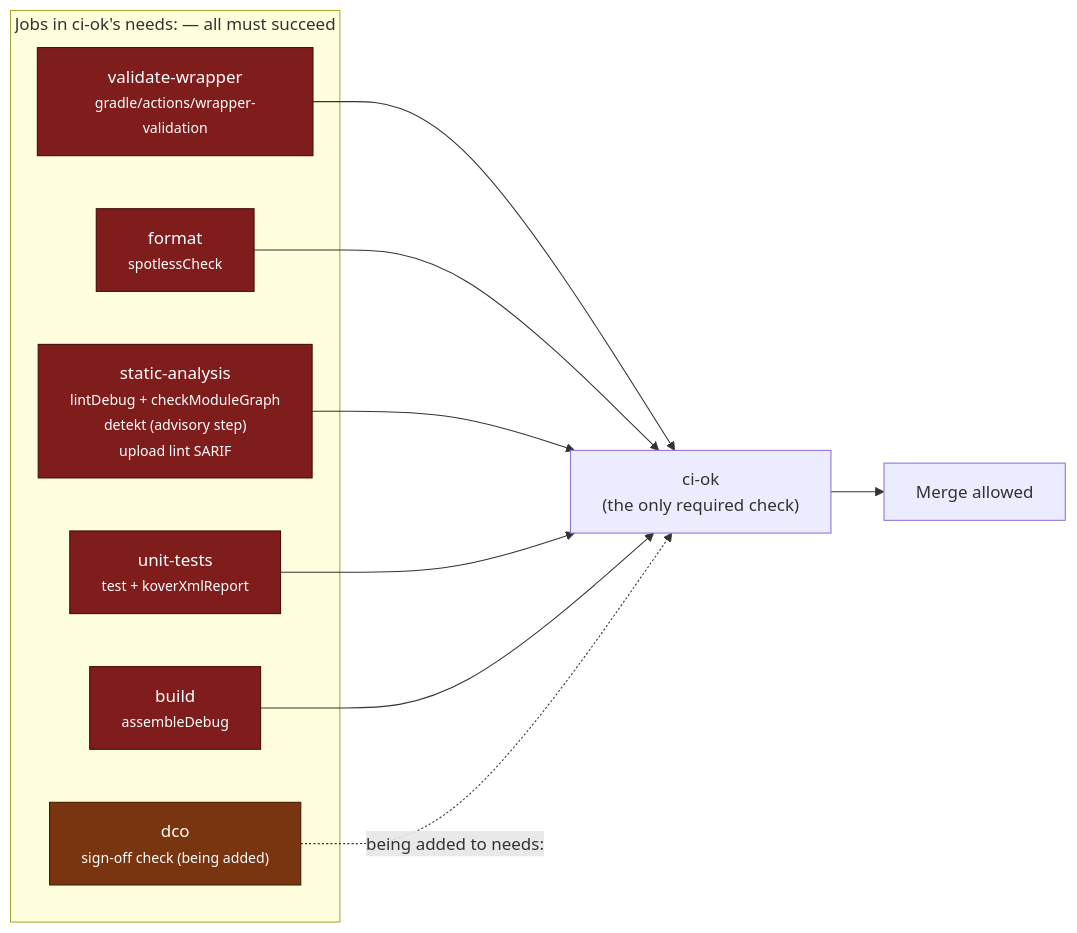
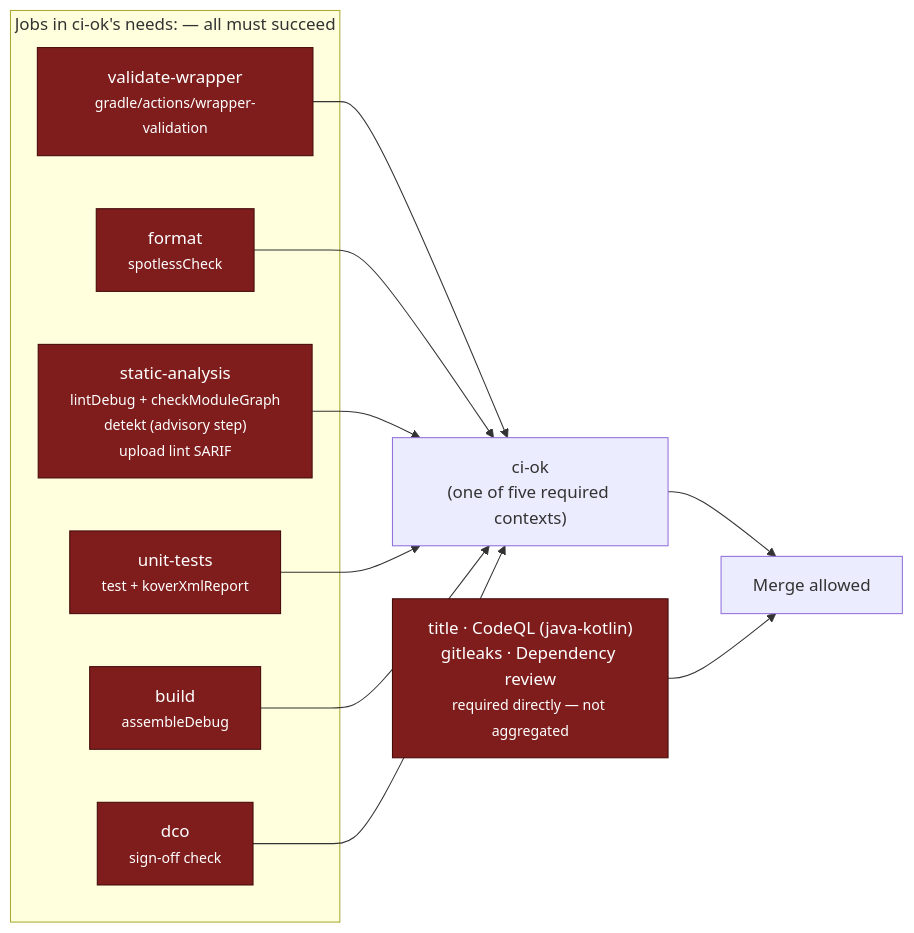
One commit to jaypetez/ollama-mobile changed the first of 2 diagrams in docs/ci.md. Above: the diagram before and after it, drawn with Mermaid. The commit also changed other lines of this file and 5 other files, not shown here.

````diff
--- a/docs/ci.md
+++ b/docs/ci.md
@@ -31,23 +107,22 @@
 ```mermaid
 flowchart LR
     subgraph gate["Jobs in ci-ok's needs: — all must succeed"]
         vw["validate-wrapper<br/><small>gradle/actions/wrapper-validation</small>"]
         f["format<br/><small>spotlessCheck</small>"]
         sa["static-analysis<br/><small>lintDebug + checkModuleGraph</small><br/><small>detekt (advisory step)</small><br/><small>upload lint SARIF</small>"]
         ut["unit-tests<br/><small>test + koverXmlReport</small>"]
         b["build<br/><small>assembleDebug</small>"]
-        dco["dco<br/><small>sign-off check (being added)</small>"]
+        dco["dco<br/><small>sign-off check</small>"]
     end
-    vw --> ok["ci-ok<br/>(the only required check)"]
+    vw --> ok["ci-ok<br/>(one of five required contexts)"]
     f --> ok
     sa --> ok
     ut --> ok
     b --> ok
-    dco -.->|"being added to needs:"| ok
+    dco --> ok
     ok --> merge["Merge allowed"]
+    other["title · CodeQL (java-kotlin)<br/>gitleaks · Dependency review<br/><small>required directly — not aggregated</small>"] --> merge
 
     classDef block fill:#7f1d1d,stroke:#450a0a,color:#fff
-    classDef pending fill:#78350f,stroke:#451a03,color:#fff
-    class vw,f,sa,ut,b block
-    class dco pending
+    class vw,f,sa,ut,b,dco,other block
 ```
````
